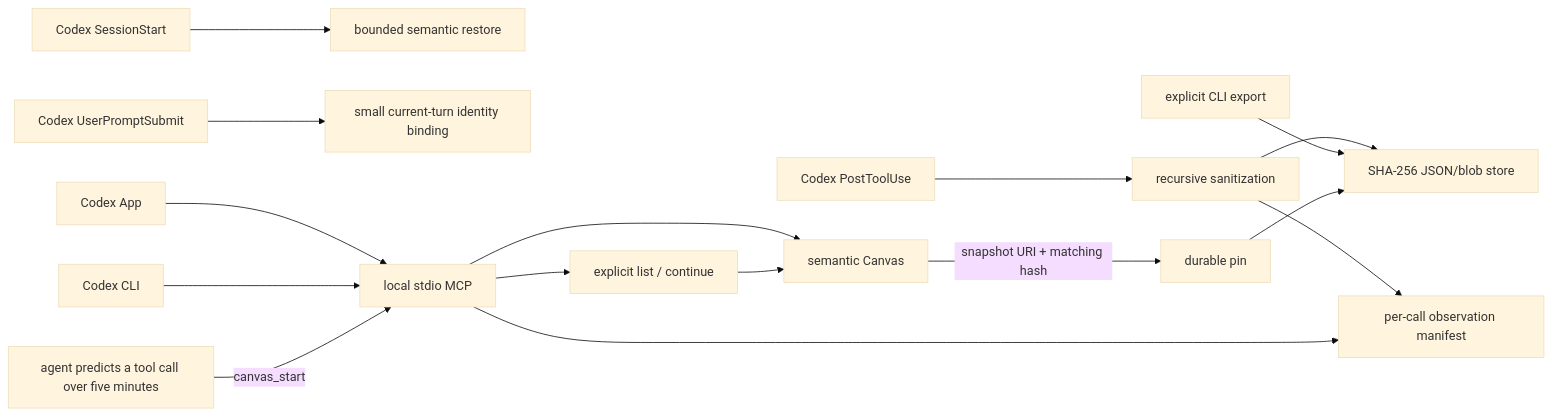
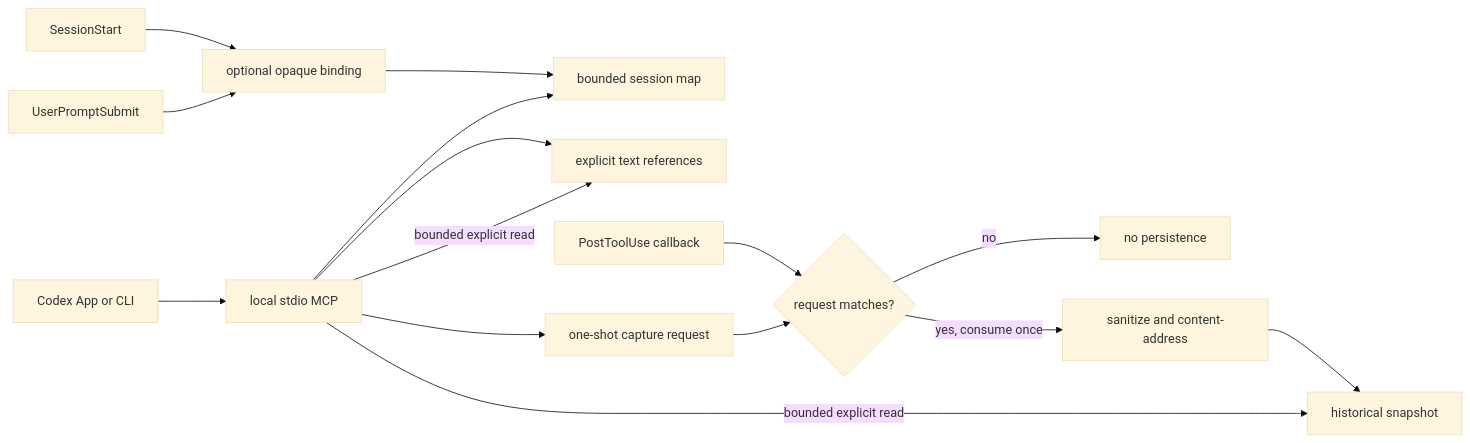
The diagram in docs/context-canvas-codex.md (phenomenoner/Chatgpt-Codex-App-Plus), drawn with Mermaid (base theme) before and after one commit. The commit also changed other lines of this file and 18 other files, not shown here.

Commit message:
Refocus Context Canvas on explicit context offload

````diff
--- a/docs/context-canvas-codex.md
+++ b/docs/context-canvas-codex.md
@@ -32,18 +41,17 @@
 ```mermaid
 flowchart LR
-    SS["Codex SessionStart"] --> SR["bounded semantic restore"]
-    UP["Codex UserPromptSubmit"] --> ID["small current-turn identity binding"]
-    PT["Codex PostToolUse"] --> SA["recursive sanitization"]
-    SA --> EV["per-call observation manifest"]
-    SA --> CAS["SHA-256 JSON/blob store"]
-    APP["Codex App"] --> MCP["local stdio MCP"]
-    CLI["Codex CLI"] --> MCP
-    AG["agent predicts a tool call over five minutes"] -->|"canvas_start"| MCP
-    MCP --> MAP["semantic Canvas"]
-    MCP --> LINEAGE["explicit list / continue"]
-    LINEAGE --> MAP
-    MCP --> EV
-    EX["explicit CLI export"] --> CAS
-    MAP -->|"snapshot URI + matching hash"| PIN["durable pin"]
-    PIN --> CAS
+    SS["SessionStart"] --> BIND["optional opaque binding"]
+    UP["UserPromptSubmit"] --> BIND
+    BIND --> MAP["bounded session map"]
+    APP["Codex App or CLI"] --> MCP["local stdio MCP"]
+    MCP --> MAP
+    MCP --> REF["explicit text references"]
+    MCP --> ARM["one-shot capture request"]
+    PT["PostToolUse callback"] --> MATCH{"request matches?"}
+    ARM --> MATCH
+    MATCH -->|"no"| NONE["no persistence"]
+    MATCH -->|"yes, consume once"| SAN["sanitize and content-address"]
+    SAN --> SNAP["historical snapshot"]
+    MCP -->|"bounded explicit read"| REF
+    MCP -->|"bounded explicit read"| SNAP
 ```
````
